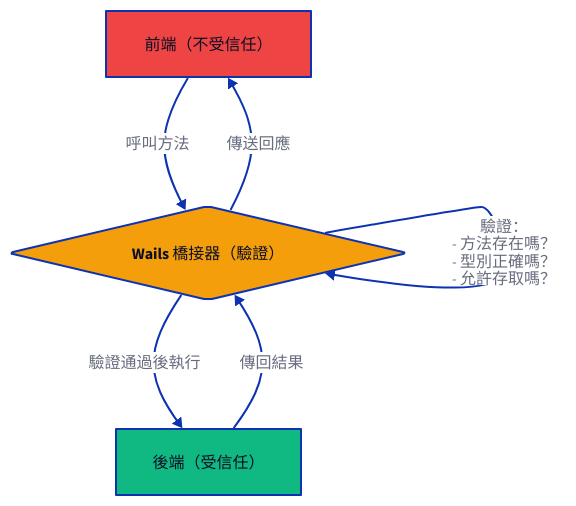
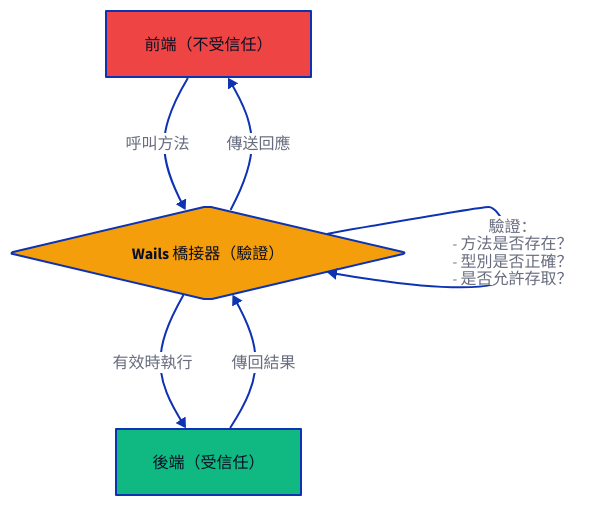
One commit to wailsapp/wails changed the eighth of 8 diagrams in docs/mpress/content/zh-tw/concepts/architecture.md. Above: the diagram before and after it, drawn with D2. The commit also changed other lines of this file and 1096 other files, not shown here.

````diff
--- a/docs/mpress/content/zh-tw/concepts/architecture.md
+++ b/docs/mpress/content/zh-tw/concepts/architecture.md
@@ -559,24 +559,24 @@
 ```d2
 direction: down
 
 Frontend: 前端（不受信任） {
   shape: rectangle
   style.fill: "#EF4444"
 }
 
 Bridge: Wails 橋接器（驗證） {
   shape: diamond
   style.fill: "#F59E0B"
 }
 
 Backend: 後端（受信任） {
   shape: rectangle
   style.fill: "#10B981"
 }
 
 Frontend -> Bridge: 呼叫方法
-Bridge -> Bridge: "驗證：\n- 方法存在嗎？\n- 型別正確嗎？\n- 允許存取嗎？"
-Bridge -> Backend: 驗證通過後執行
+Bridge -> Bridge: "驗證：\n- 方法是否存在？\n- 型別是否正確？\n- 是否允許存取？"
+Bridge -> Backend: 有效時執行
 Backend -> Bridge: 傳回結果
 Bridge -> Frontend: 傳送回應
 ```
````
